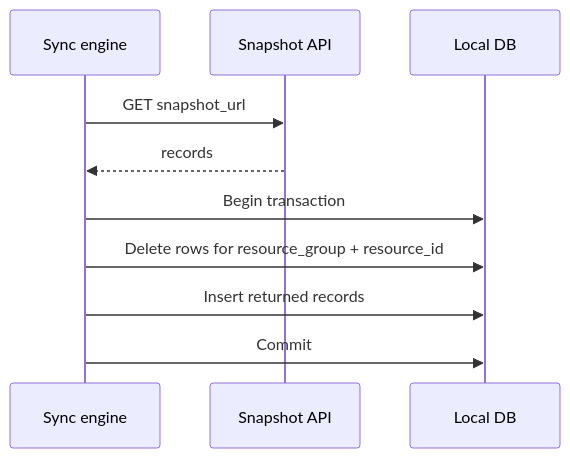
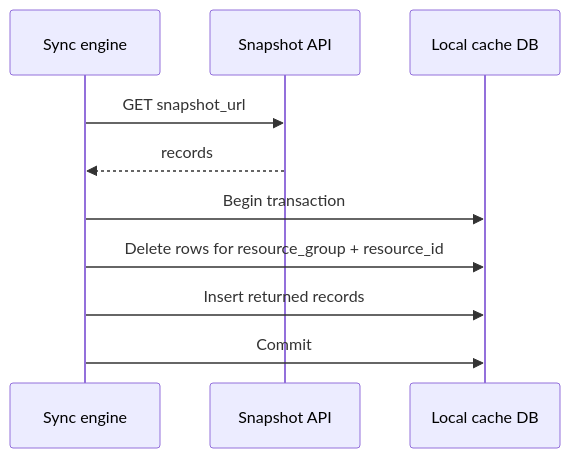
Before and after one commit to quran/qf-api-docs: the third of 3 diagrams in docs/tutorials/content-sync/offline-cache-patterns.mdx, drawn with Mermaid. The commit also changed other lines of this file, not shown here.

````diff
--- a/docs/tutorials/content-sync/offline-cache-patterns.mdx
+++ b/docs/tutorials/content-sync/offline-cache-patterns.mdx
@@ -96,13 +96,13 @@
 ```mermaid
 sequenceDiagram
     participant Engine as Sync engine
     participant Snapshot as Snapshot API
-    participant DB as Local DB
+    participant DB as Local cache DB
 
     Engine->>Snapshot: GET snapshot_url
     Snapshot-->>Engine: records
     Engine->>DB: Begin transaction
     Engine->>DB: Delete rows for resource_group + resource_id
     Engine->>DB: Insert returned records
     Engine->>DB: Commit
 ```
````
